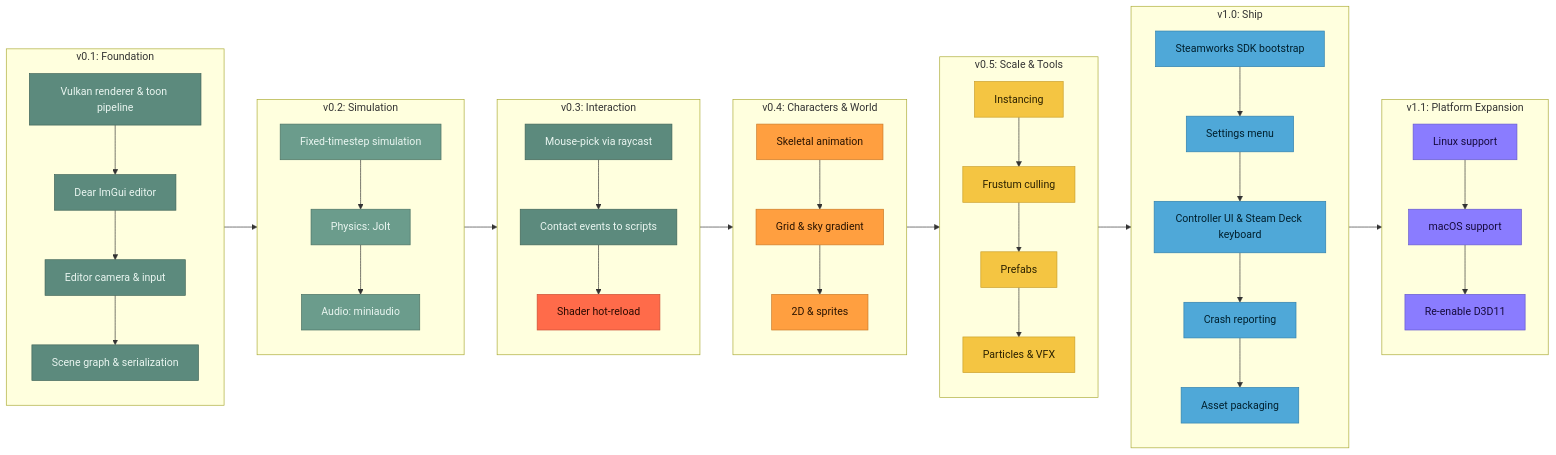
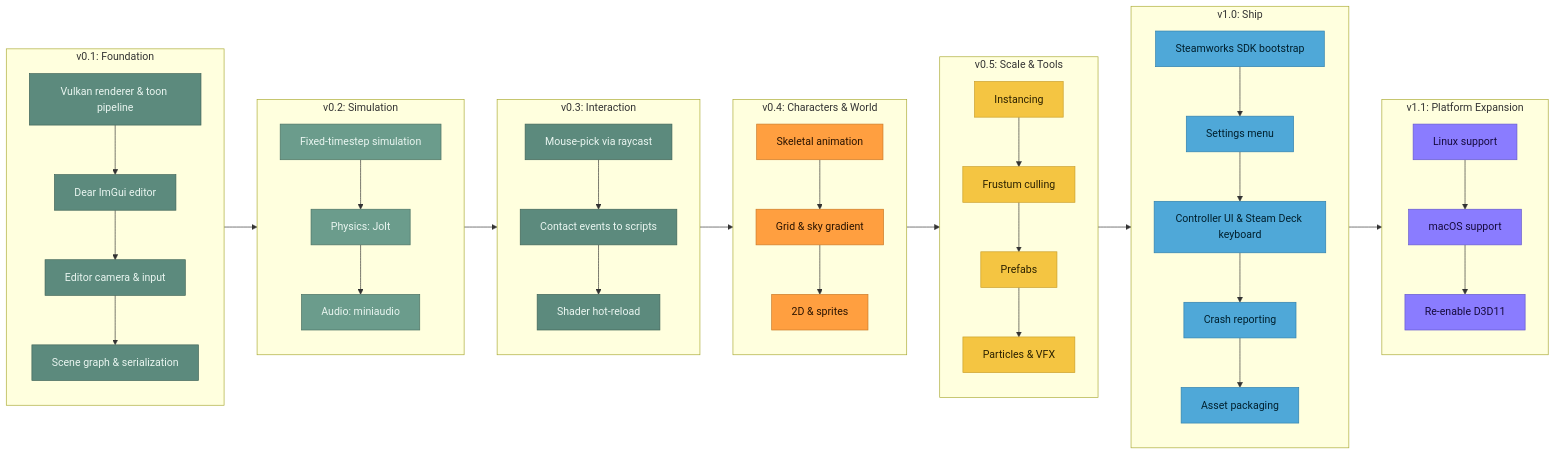
The diagram in README.md (skylotus-studios/ToonEngine), drawn with Mermaid before and after one commit. The commit also changed 1 other file, not shown here.

Commit message:
update roadmap

````diff
--- a/README.md
+++ b/README.md
@@ -115,82 +115,81 @@
 ```mermaid
 flowchart LR
   subgraph V01["v0.1: Foundation"]
     direction TB
     S1["Vulkan renderer &amp; toon pipeline"]
     S2["Dear ImGui editor"]
     S3["Editor camera &amp; input"]
     S4["Scene graph &amp; serialization"]
     S1 --> S2 --> S3 --> S4
   end
 
   subgraph V02["v0.2: Simulation"]
     direction TB
     S5["Fixed-timestep simulation"]
     S6["Physics: Jolt"]
     S7["Audio: miniaudio"]
     S5 --> S6 --> S7
   end
 
   subgraph V03["v0.3: Interaction"]
     direction TB
     S8["Mouse-pick via raycast"]
     S9["Contact events to scripts"]
-    N10["Shader hot-reload"]
-    S8 --> S9 --> N10
+    S10["Shader hot-reload"]
+    S8 --> S9 --> S10
   end
 
   subgraph V04["v0.4: Characters &amp; World"]
     direction TB
     N11["Skeletal animation"]
     N12["Grid &amp; sky gradient"]
     N13["2D &amp; sprites"]
     N11 --> N12 --> N13
   end
 
   subgraph V05["v0.5: Scale &amp; Tools"]
     direction TB
     N14["Instancing"]
     N15["Frustum culling"]
     N16["Prefabs"]
     N17["Particles &amp; VFX"]
     N14 --> N15 --> N16 --> N17
   end
 
   subgraph V10["v1.0: Ship"]
     direction TB
     N18["Steamworks SDK bootstrap"]
     N19["Settings menu"]
     N20["Controller UI &amp; Steam Deck keyboard"]
     N21["Crash reporting"]
     N22["Asset packaging"]
     N18 --> N19 --> N20 --> N21 --> N22
   end
 
   subgraph V11["v1.1: Platform Expansion"]
     direction TB
     N23["Linux support"]
     N24["macOS support"]
     N25["Re-enable D3D11"]
     N23 --> N24 --> N25
   end
 
   V01 --> V02 --> V03 --> V04 --> V05 --> V10 --> V11
 
   classDef v01 fill:#5C8A7D,stroke:#3f6357,color:#EAF6F1;
   classDef v02 fill:#6B9C8C,stroke:#4a7062,color:#EAF6F1;
-  classDef v03 fill:#FF6B4A,stroke:#c94e33,color:#2B0A00;
+  classDef v03 fill:#5C8A7D,stroke:#3f6357,color:#EAF6F1;
   classDef v04 fill:#FF9F40,stroke:#c97927,color:#2B1400;
   classDef v05 fill:#F4C542,stroke:#c99e28,color:#2B2100;
   classDef v10 fill:#4FA8D8,stroke:#2f7fac,color:#00202E;
   classDef v11 fill:#8A7CFF,stroke:#6357cc,color:#160B3E;
   classDef shipped fill:#5C8A7D,stroke:#3f6357,color:#EAF6F1;
 
   class S1,S2,S3,S4 v01
   class S5,S6,S7 v02
-  class S8,S9 shipped
-  class N10 v03
+  class S8,S9,S10 v03
   class N11,N12,N13 v04
   class N14,N15,N16,N17 v05
   class N18,N19,N20,N21,N22 v10
   class N23,N24,N25 v11
 ```
````
